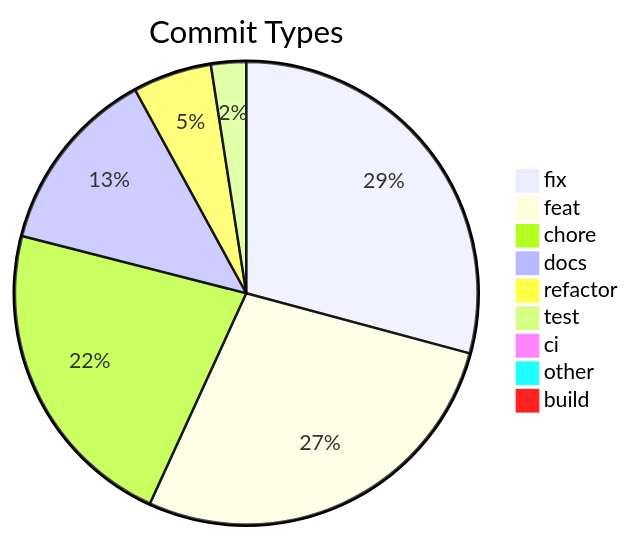
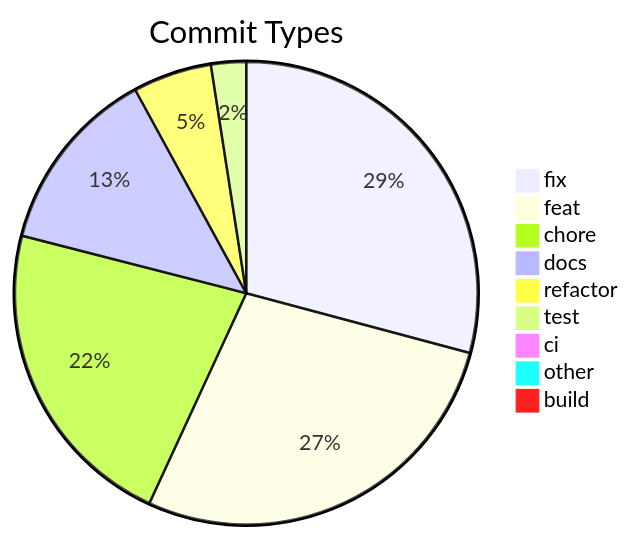
One commit to svenroth-ai/shipwright changed the diagram in .shipwright/compliance/change-history.md. Above: the diagram before and after it, drawn with Mermaid. The commit also changed other lines of this file and 25 other files, not shown here.

````diff
--- a/.shipwright/compliance/change-history.md
+++ b/.shipwright/compliance/change-history.md
@@ -8,12 +8,12 @@
 ```mermaid
 pie title Commit Types
     "fix" : 286
-    "feat" : 271
+    "feat" : 272
     "chore" : 217
     "docs" : 128
     "refactor" : 54
     "test" : 24
     "ci" : 7
     "other" : 7
     "build" : 1
 ```
````
